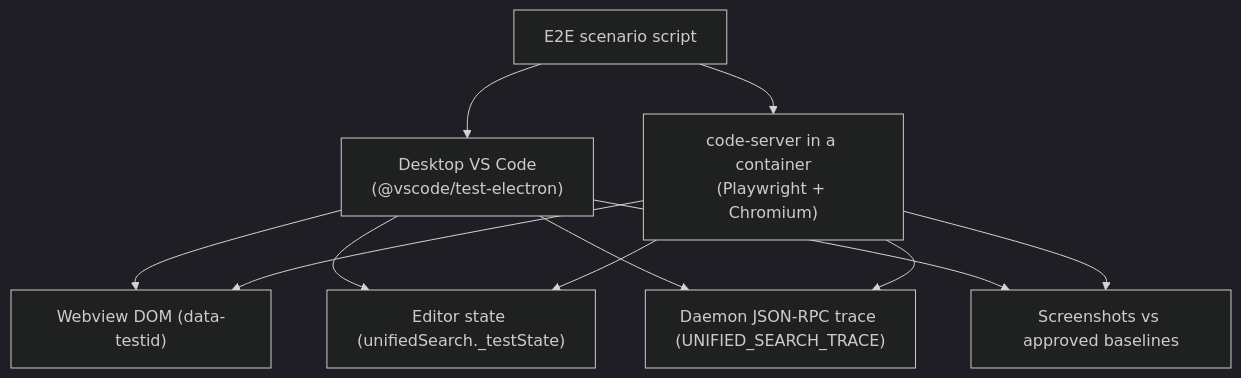
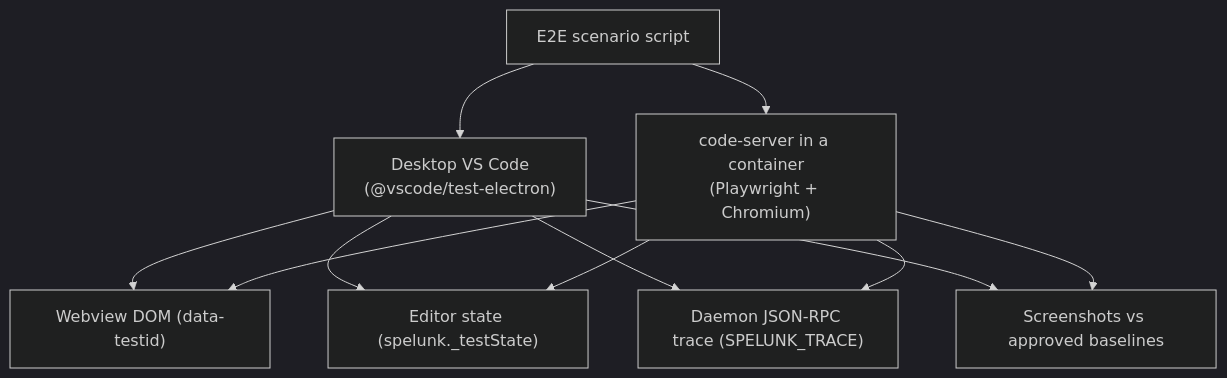
One commit to cruisinme30/spelunk changed the diagram in docs/dev/test-plan.md. Above: the diagram before and after it, drawn with Mermaid (dark theme). The commit also changed other lines of this file and 122 other files, not shown here.

````diff
--- a/docs/dev/test-plan.md
+++ b/docs/dev/test-plan.md
@@ -25,9 +25,9 @@
 ```mermaid
 flowchart TB
   S["E2E scenario script"] --> D["Desktop VS Code<br/>(@vscode/test-electron)"]
   S --> C["code-server in a container<br/>(Playwright + Chromium)"]
   D & C --> O1["Webview DOM (data-testid)"]
-  D & C --> O2["Editor state (unifiedSearch._testState)"]
-  D & C --> O3["Daemon JSON-RPC trace (UNIFIED_SEARCH_TRACE)"]
+  D & C --> O2["Editor state (spelunk._testState)"]
+  D & C --> O3["Daemon JSON-RPC trace (SPELUNK_TRACE)"]
   D & C --> O4["Screenshots vs approved baselines"]
 ```
````
